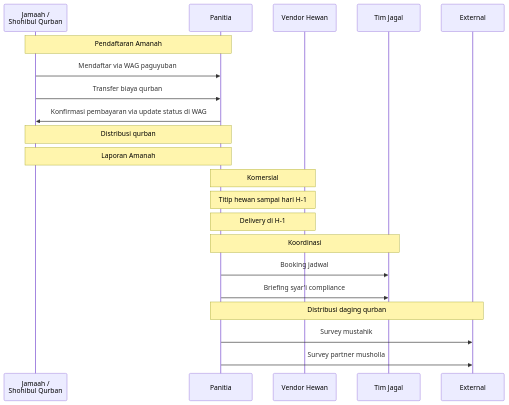
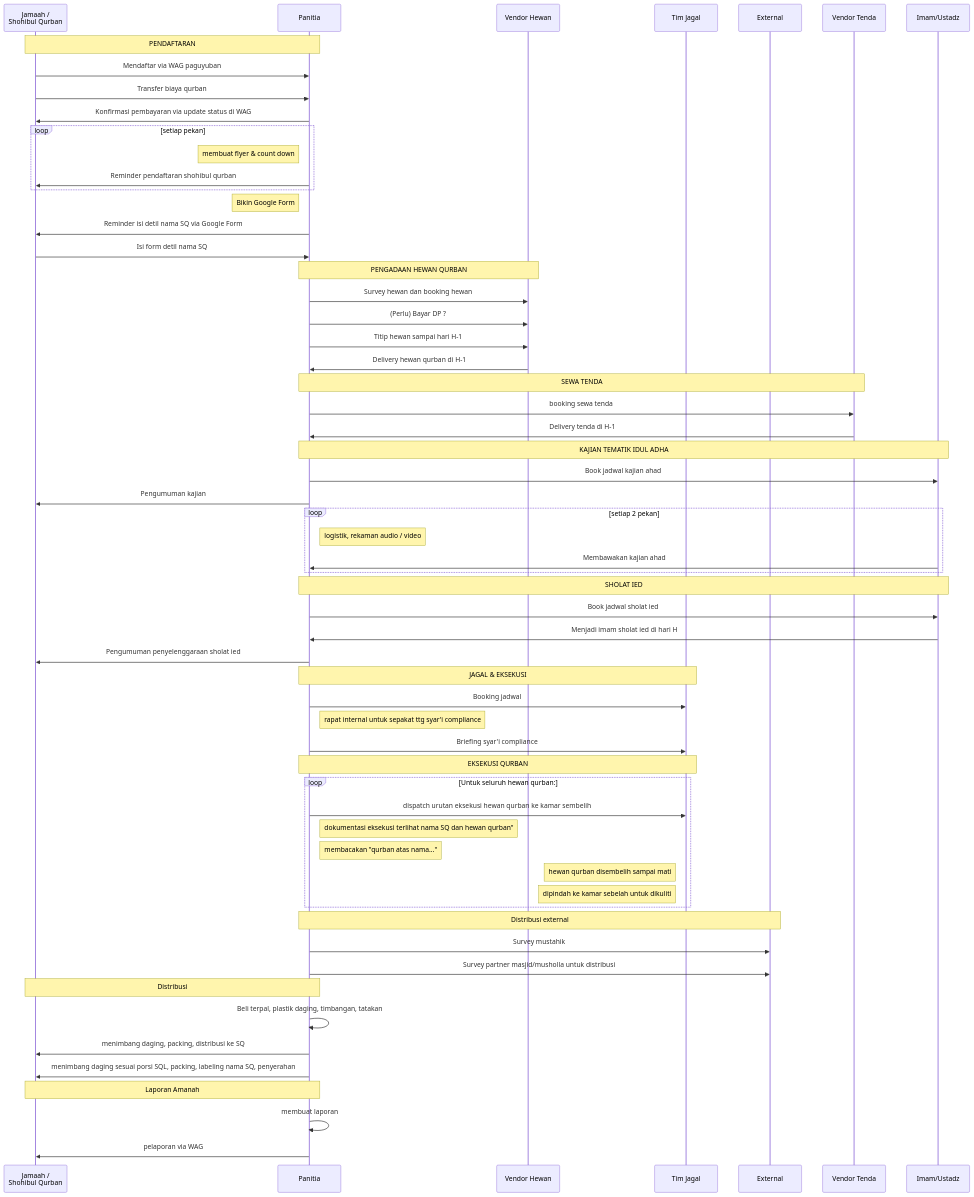
One commit to ardhynugroho/qurban changed the first of 2 diagrams in README.md. Above: the diagram before and after it, drawn with Mermaid.

````diff
--- a/README.md
+++ b/README.md
@@ -5,33 +5,80 @@
 ```mermaid
 sequenceDiagram
     participant sq as Jamaah /<br>Shohibul Qurban
     participant pa as Panitia
+    participant vq as Vendor Hewan
+    participant tj as Tim Jagal
+    participant ex as External
+    participant vt as Vendor Tenda
+    participant im as Imam/Ustadz
     
     %%
-    note over sq,pa: Pendaftaran Amanah
+    note over sq, pa: PENDAFTARAN
     sq->>pa: Mendaftar via WAG paguyuban
     sq->>pa: Transfer biaya qurban
     pa->>sq: Konfirmasi pembayaran via update status di WAG
+    loop setiap pekan
+      note left of pa: membuat flyer & count down
+      pa->>sq: Reminder pendaftaran shohibul qurban
+    end
+    note left of pa: Bikin Google Form
+    pa->>sq: Reminder isi detil nama SQ via Google Form
+    sq->>pa: Isi form detil nama SQ
+
+    %%
+    note over vq, pa: PENGADAAN HEWAN QURBAN
+    pa->>vq: Survey hewan dan booking hewan
+    pa->>vq: (Perlu) Bayar DP ?
+    pa->>vq: Titip hewan sampai hari H-1
+    vq->>pa: Delivery hewan qurban di H-1
+
+    %%
+    note over pa, vt: SEWA TENDA
+    pa->>vt: booking sewa tenda
+    vt->>pa: Delivery tenda di H-1
+
+    %%
+    note over pa, im: KAJIAN TEMATIK IDUL ADHA
+    pa->>im: Book jadwal kajian ahad
+    pa->>sq: Pengumuman kajian
+    loop setiap 2 pekan
+      note right of pa: logistik, rekaman audio / video
+      im->>pa: Membawakan kajian ahad
+    end
+
+    %%
+    note over pa, im: SHOLAT IED
+    pa->>im: Book jadwal sholat ied
+    im->>pa: Menjadi imam sholat ied di hari H
+    pa->>sq: Pengumuman penyelenggaraan sholat ied
+
+    %%
+    note over pa, tj: JAGAL & EKSEKUSI
+    pa->>tj: Booking jadwal
+    note right of pa: rapat internal untuk sepakat ttg syar'i compliance 
+    pa->>tj: Briefing syar'i compliance
+
+    note over pa, tj: EKSEKUSI QURBAN
+    loop Untuk seluruh hewan qurban:
+      pa->>tj: dispatch urutan eksekusi hewan qurban ke kamar sembelih
+      note right of pa: dokumentasi eksekusi terlihat nama SQ dan hewan qurban"
+      note right of pa: membacakan "qurban atas nama..."
+      note left of tj: hewan qurban disembelih sampai mati
+      note left of tj: dipindah ke kamar sebelah untuk dikuliti
+    end
     
-    note over sq, pa: Distribusi qurban
+    %%
+    note over pa, ex: Distribusi external
+    pa->>ex: Survey mustahik
+    pa->>ex: Survey partner masjid/musholla untuk distribusi
+
+    note over sq, pa: Distribusi
+    pa->>pa: Beli terpal, plastik daging, timbangan, tatakan
+    pa->>sq: menimbang daging, packing, distribusi ke SQ
+    pa->>sq: menimbang daging sesuai porsi SQL, packing, labeling nama SQ, penyerahan
 
     note over sq, pa: Laporan Amanah
+    pa->>pa: membuat laporan
+    pa->>sq: pelaporan via WAG
 
-    %%
-    participant vq as Vendor Hewan
-    note over vq, pa: Komersial
-    note over vq, pa: Titip hewan sampai hari H-1
-    note over vq, pa: Delivery di H-1
-
-    %%
-    participant tj as Tim Jagal
-    note over pa, tj: Koordinasi
-    pa->>tj: Booking jadwal
-    pa->>tj: Briefing syar'i compliance
-
-    %%
-    participant ex as External
-    note over pa, ex: Distribusi daging qurban
-    pa->>ex: Survey mustahik
-    pa->>ex: Survey partner musholla
 ```
````
